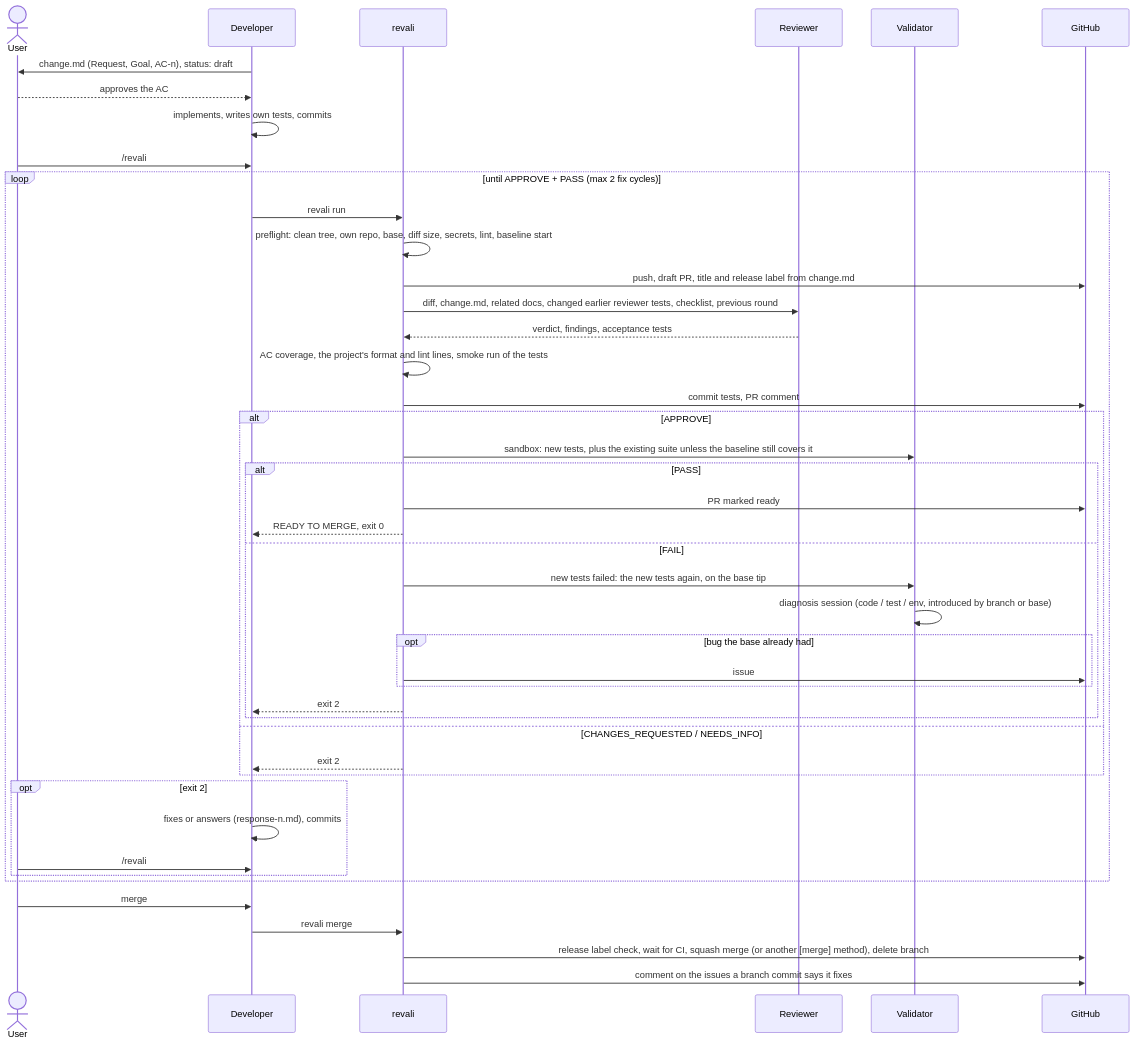
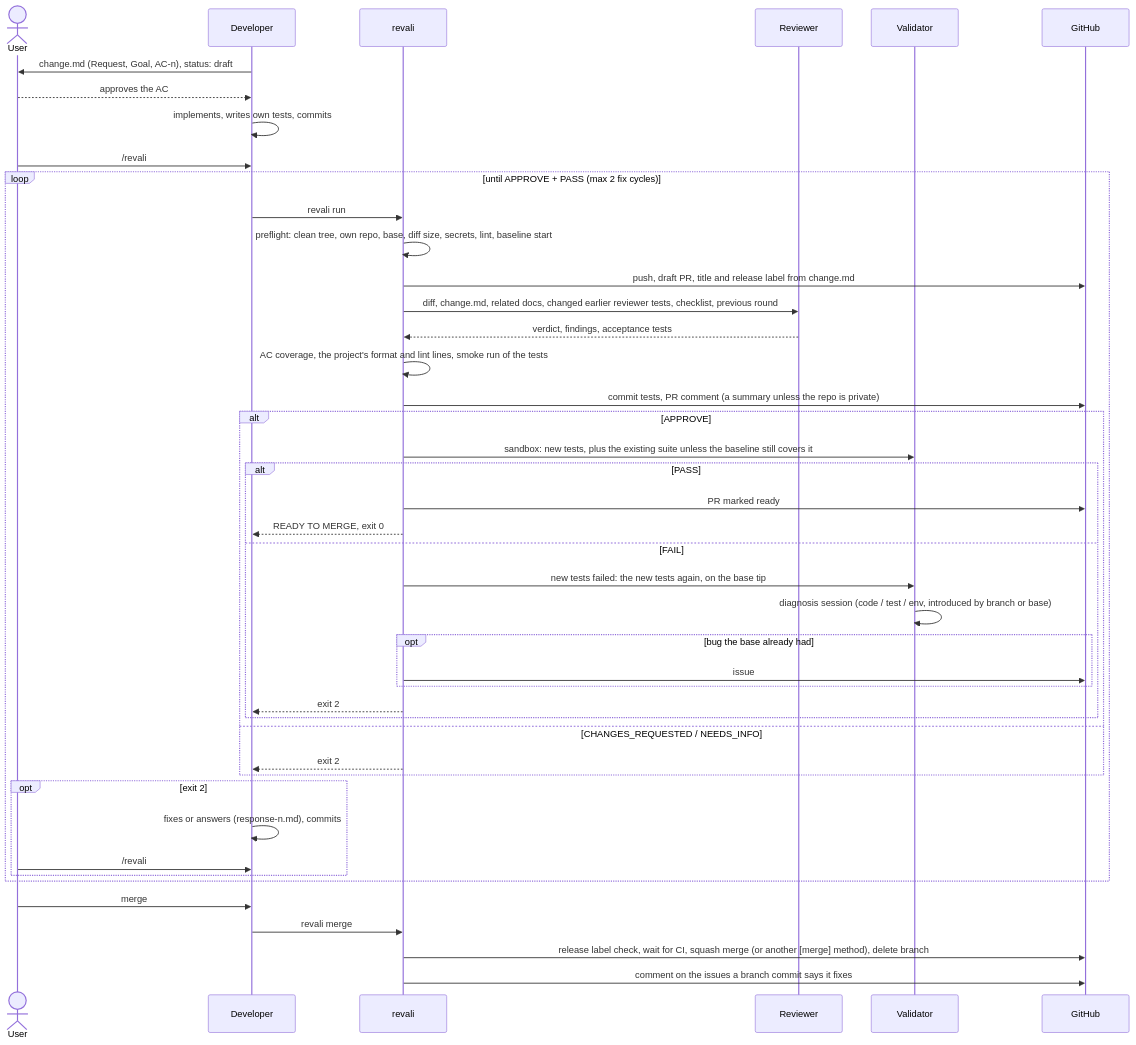
Before and after one commit to ianmhuang/revali: the diagram in README.md, drawn with Mermaid. The commit also changed other lines of this file and 22 other files, not shown here.

````diff
--- a/README.md
+++ b/README.md
@@ -51,47 +51,47 @@
 ```mermaid
 sequenceDiagram
     actor U as User
     participant D as Developer
     participant R as revali
     participant B as Reviewer
     participant V as Validator
     participant G as GitHub
 
     D->>U: change.md (Request, Goal, AC-n), status: draft
     U-->>D: approves the AC
     D->>D: implements, writes own tests, commits
     U->>D: /revali
     loop until APPROVE + PASS (max 2 fix cycles)
         D->>R: revali run
         R->>R: preflight: clean tree, own repo, base, diff size, secrets, lint, baseline start
         R->>G: push, draft PR, title and release label from change.md
         R->>B: diff, change.md, related docs, changed earlier reviewer tests, checklist, previous round
         B-->>R: verdict, findings, acceptance tests
         R->>R: AC coverage, the project's format and lint lines, smoke run of the tests
-        R->>G: commit tests, PR comment
+        R->>G: commit tests, PR comment (a summary unless the repo is private)
         alt APPROVE
             R->>V: sandbox: new tests, plus the existing suite unless the baseline still covers it
             alt PASS
                 R->>G: PR marked ready
                 R-->>D: READY TO MERGE, exit 0
             else FAIL
                 R->>V: new tests failed: the new tests again, on the base tip
                 V->>V: diagnosis session (code / test / env, introduced by branch or base)
                 opt bug the base already had
                     R->>G: issue
                 end
                 R-->>D: exit 2
             end
         else CHANGES_REQUESTED / NEEDS_INFO
             R-->>D: exit 2
         end
         opt exit 2
             D->>D: fixes or answers (response-n.md), commits
             U->>D: /revali
         end
     end
     U->>D: merge
     D->>R: revali merge
     R->>G: release label check, wait for CI, squash merge (or another [merge] method), delete branch
     R->>G: comment on the issues a branch commit says it fixes
 ```
````
